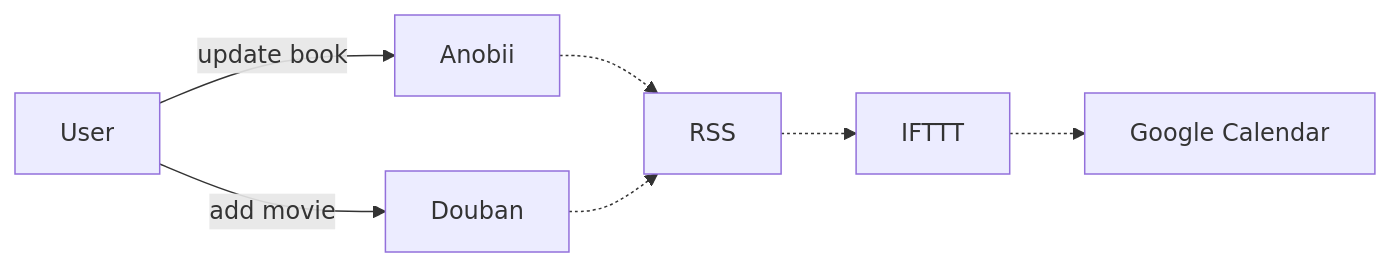
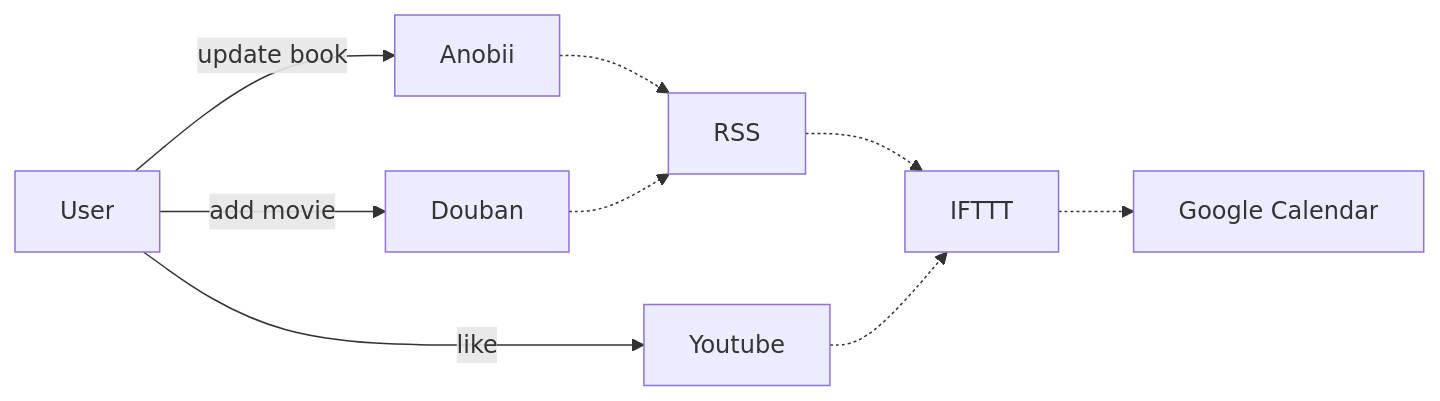
One commit to gasolin/blog changed the fourth of 7 diagrams in source/_posts/personal-automation-in-2017.md. Above: the diagram before and after it, drawn with Mermaid. The commit also changed other lines of this file, not shown here.

```diff
--- a/source/_posts/personal-automation-in-2017.md
+++ b/source/_posts/personal-automation-in-2017.md
@@ -81,9 +89,11 @@
 {% mermaid %}
 graph LR
 User -- update book --> Anobii
 User -- add movie --> Douban
+User -- like --> Youtube
 Anobii -.-> RSS
 Douban -.-> RSS
 RSS -.-> IFTTT
+Youtube -.-> IFTTT
 IFTTT -.-> gcal[Google Calendar]
 {% endmermaid %}
```
